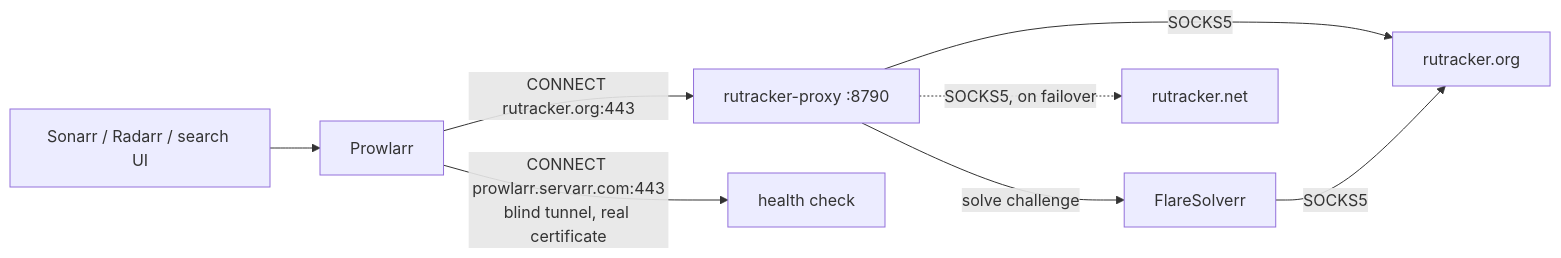
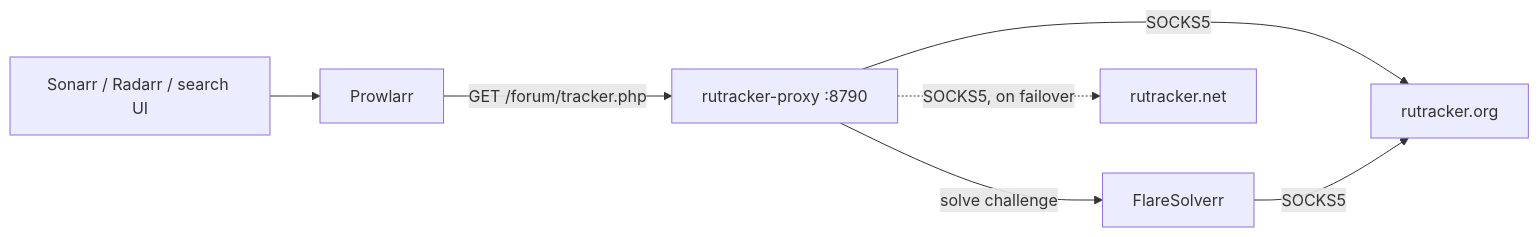
One commit to zxibizz/prowlarr_rutracker_proxy changed the diagram in README.md. Above: the diagram before and after it, drawn with Mermaid. The commit also changed other lines of this file and 14 other files, not shown here.

````diff
--- a/README.md
+++ b/README.md
@@ -31,10 +16,9 @@
 ```mermaid
 flowchart LR
     S["Sonarr / Radarr / search UI"] --> P["Prowlarr"]
-    P -->|"CONNECT rutracker.org:443"| X["rutracker-proxy :8790"]
-    P -->|"CONNECT prowlarr.servarr.com:443<br/>blind tunnel, real certificate"| N["health check"]
+    P -->|"GET /forum/tracker.php"| X["rutracker-proxy :8790"]
     X -->|"solve challenge"| F["FlareSolverr"]
     X -->|"SOCKS5"| M1["rutracker.org"]
     X -.->|"SOCKS5, on failover"| M2["rutracker.net"]
     F -->|"SOCKS5"| M1
 ```
````
